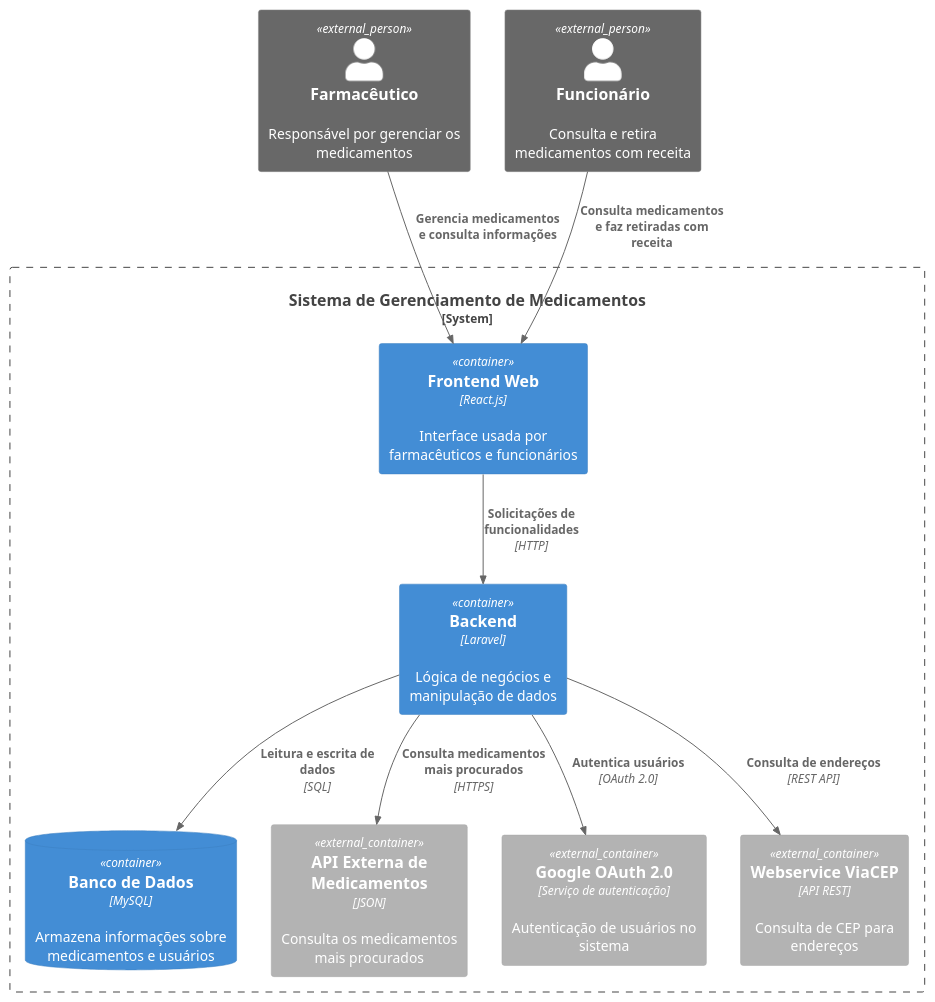
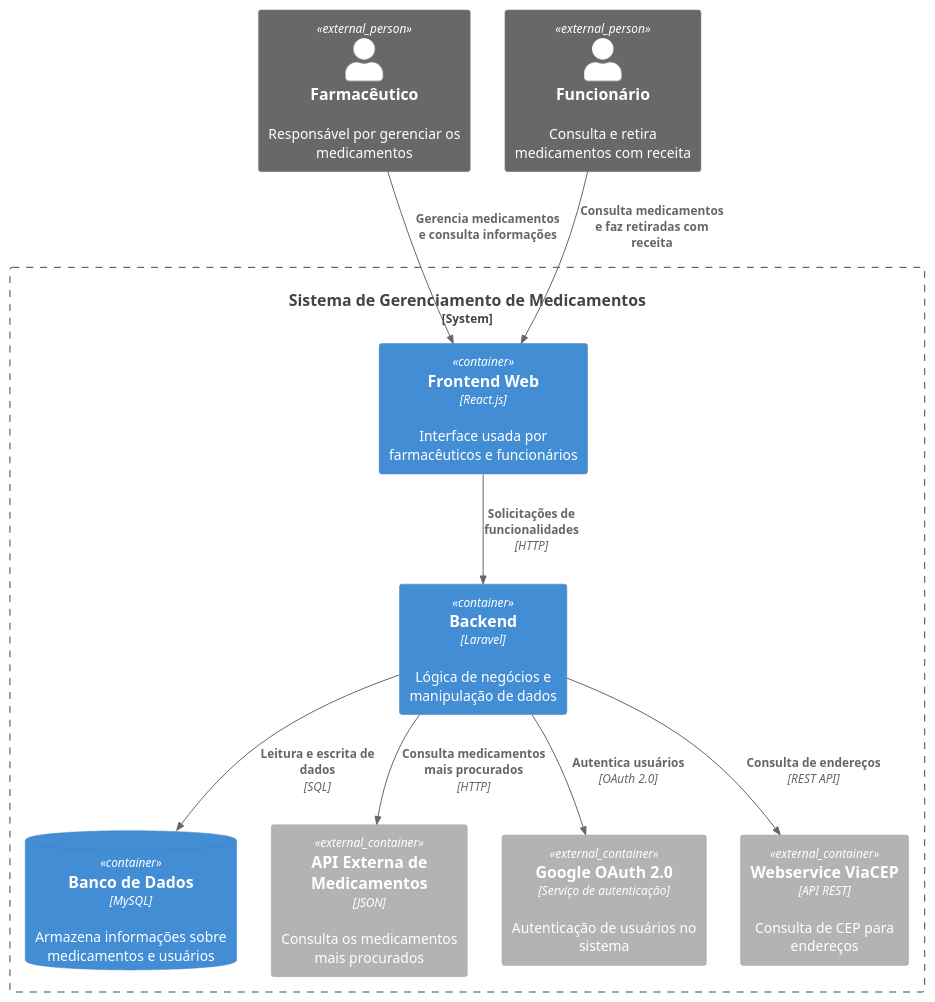
One commit to echotasuku/Scripts_Diagramas changed the diagram in Container/Container.puml. Above: the diagram before and after it, drawn with PlantUML.

Commit message:
alterações

```diff
--- a/Container/Container.puml
+++ b/Container/Container.puml
@@ -1,25 +1,25 @@
 @startuml
 !include https://raw.githubusercontent.com/plantuml-stdlib/C4-PlantUML/master/C4_Container.puml
 
 
 Person_Ext(farmaceutico, "Farmacêutico", "Responsável por gerenciar os medicamentos")
 Person_Ext(funcionario, "Funcionário", "Consulta e retira medicamentos com receita")
 
 System_Boundary(sistema, "Sistema de Gerenciamento de Medicamentos") {
     Container(frontend, "Frontend Web", "React.js", "Interface usada por farmacêuticos e funcionários")
     Container(backend, "Backend", "Laravel", "Lógica de negócios e manipulação de dados")
     ContainerDb(database, "Banco de Dados", "MySQL", "Armazena informações sobre medicamentos e usuários")
     Container_Ext(apiMedicamentos, "API Externa de Medicamentos", "JSON", "Consulta os medicamentos mais procurados")
     Container_Ext(googleOAuth, "Google OAuth 2.0", "Serviço de autenticação", "Autenticação de usuários no sistema")
     Container_Ext(viaCEP, "Webservice ViaCEP", "API REST", "Consulta de CEP para endereços")
 }
 
 Rel(farmaceutico, frontend, "Gerencia medicamentos e consulta informações")
 Rel(funcionario, frontend, "Consulta medicamentos e faz retiradas com receita")
 Rel(frontend, backend, "Solicitações de funcionalidades", "HTTP")
 Rel(backend, database, "Leitura e escrita de dados", "SQL")
-Rel(backend, apiMedicamentos, "Consulta medicamentos mais procurados", "HTTPS")
+Rel(backend, apiMedicamentos, "Consulta medicamentos mais procurados", "HTTP")
 Rel(backend, googleOAuth, "Autentica usuários", "OAuth 2.0")
 Rel(backend, viaCEP, "Consulta de endereços", "REST API")
 
 @enduml
```
